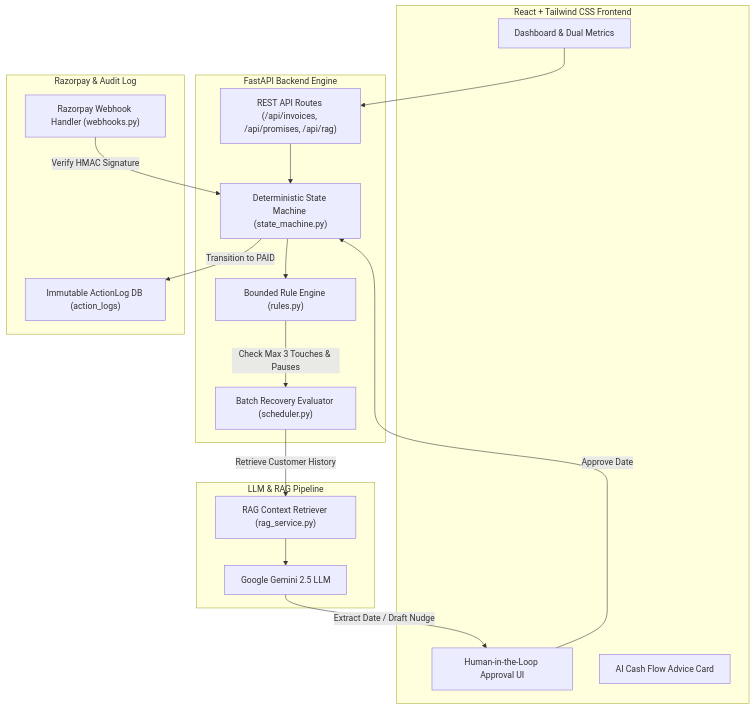
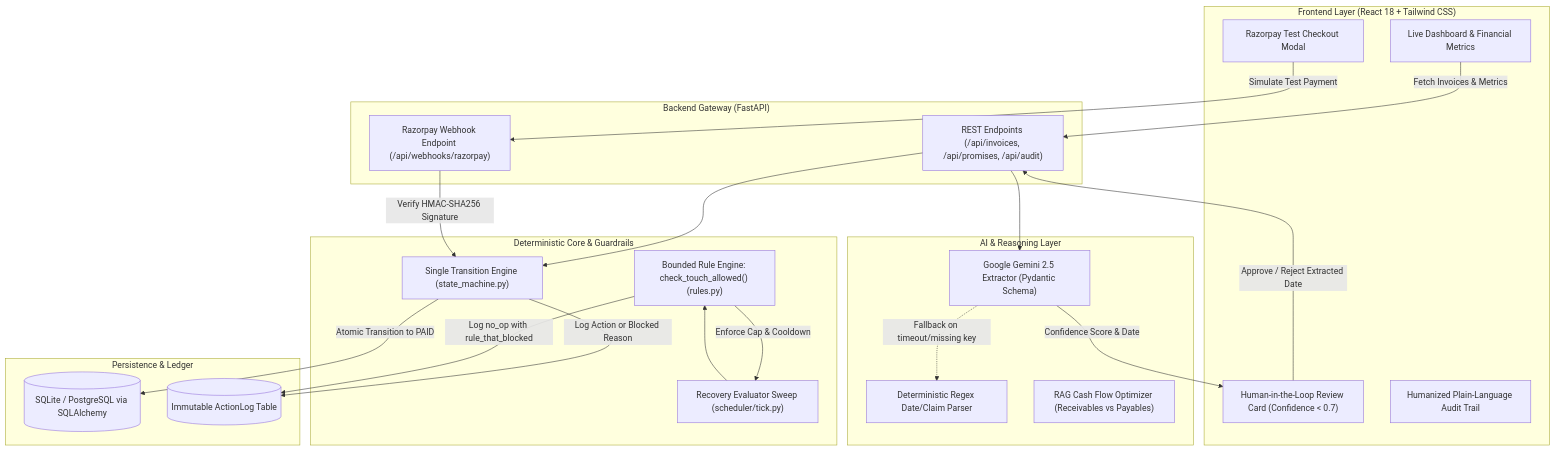
One commit to satyamadhav9104/promise-to-pay-tracker changed the diagram in README.md. Above: the diagram before and after it, drawn with Mermaid. The commit also changed other lines of this file and 47 other files, not shown here.

````diff
--- a/README.md
+++ b/README.md
@@ -32,36 +49,48 @@
 ```mermaid
 flowchart TD
-    subgraph Frontend ["React + Tailwind CSS Frontend"]
-        UI["Dashboard & Dual Metrics"]
-        HITL["Human-in-the-Loop Approval UI"]
-        RAG_UI["AI Cash Flow Advice Card"]
+    subgraph ClientLayer ["Frontend Layer (React 18 + Tailwind CSS)"]
+        DASH["Live Dashboard & Financial Metrics"]
+        HITL["Human-in-the-Loop Review Card (Confidence < 0.7)"]
+        AUDIT_UI["Humanized Plain-Language Audit Trail"]
+        RZP_MODAL["Razorpay Test Checkout Modal"]
     end
 
-    subgraph CoreEngine ["FastAPI Backend Engine"]
-        API["REST API Routes (/api/invoices, /api/promises, /api/rag)"]
-        SM["Deterministic State Machine (state_machine.py)"]
-        RULES["Bounded Rule Engine (rules.py)"]
-        SCHED["Batch Recovery Evaluator (scheduler.py)"]
+    subgraph APILayer ["Backend Gateway (FastAPI)"]
+        ROUTES["REST Endpoints (/api/invoices, /api/promises, /api/audit)"]
+        WEBHOOK["Razorpay Webhook Endpoint (/api/webhooks/razorpay)"]
     end
 
-    subgraph AIPipeline ["LLM & RAG Pipeline"]
-        GEMINI["Google Gemini 2.5 LLM"]
-        RAG["RAG Context Retriever (rag_service.py)"]
+    subgraph AIReasoning ["AI & Reasoning Layer"]
+        LLM["Google Gemini 2.5 Extractor (Pydantic Schema)"]
+        REGEX_FALLBACK["Deterministic Regex Date/Claim Parser"]
+        RAG_ADVISOR["RAG Cash Flow Optimizer (Receivables vs Payables)"]
     end
 
-    subgraph Integration ["Razorpay & Audit Log"]
-        RZP_HOOK["Razorpay Webhook Handler (webhooks.py)"]
-        AUDIT["Immutable ActionLog DB (action_logs)"]
+    subgraph StateMachineLayer ["Deterministic Core & Guardrails"]
+        SM["Single Transition Engine (state_machine.py)"]
+        RULES["Bounded Rule Engine: check_touch_allowed() (rules.py)"]
+        SCHED["Recovery Evaluator Sweep (scheduler/tick.py)"]
     end
 
-    UI --> API
-    API --> SM
-    SM --> RULES
-    RULES -->|Check Max 3 Touches & Pauses| SCHED
-    SCHED -->|Retrieve Customer History| RAG
-    RAG --> GEMINI
-    GEMINI -->|Extract Date / Draft Nudge| HITL
-    HITL -->|Approve Date| SM
-    RZP_HOOK -->|Verify HMAC Signature| SM
-    SM -->|Transition to PAID| AUDIT
+    subgraph StorageLayer ["Persistence & Ledger"]
+        DB[(SQLite / PostgreSQL via SQLAlchemy)]
+        AUDIT_LOG[(Immutable ActionLog Table)]
+    end
+
+    DASH -->|Fetch Invoices & Metrics| ROUTES
+    HITL -->|Approve / Reject Extracted Date| ROUTES
+    RZP_MODAL -->|Simulate Test Payment| WEBHOOK
+
+    ROUTES --> SM
+    SCHED --> RULES
+    RULES -->|Enforce Cap & Cooldown| SCHED
+
+    ROUTES --> LLM
+    LLM -->|Confidence Score & Date| HITL
+    LLM -.->|Fallback on timeout/missing key| REGEX_FALLBACK
+
+    WEBHOOK -->|Verify HMAC-SHA256 Signature| SM
+    SM -->|Atomic Transition to PAID| DB
+    SM -->|Log Action or Blocked Reason| AUDIT_LOG
+    RULES -->|Log no_op with rule_that_blocked| AUDIT_LOG
 ```
````
